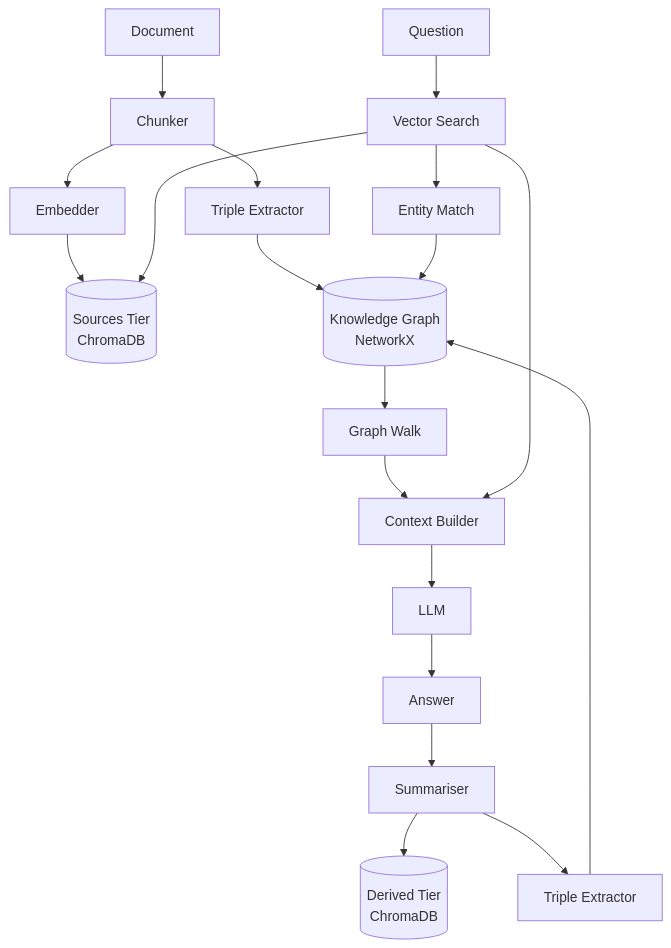
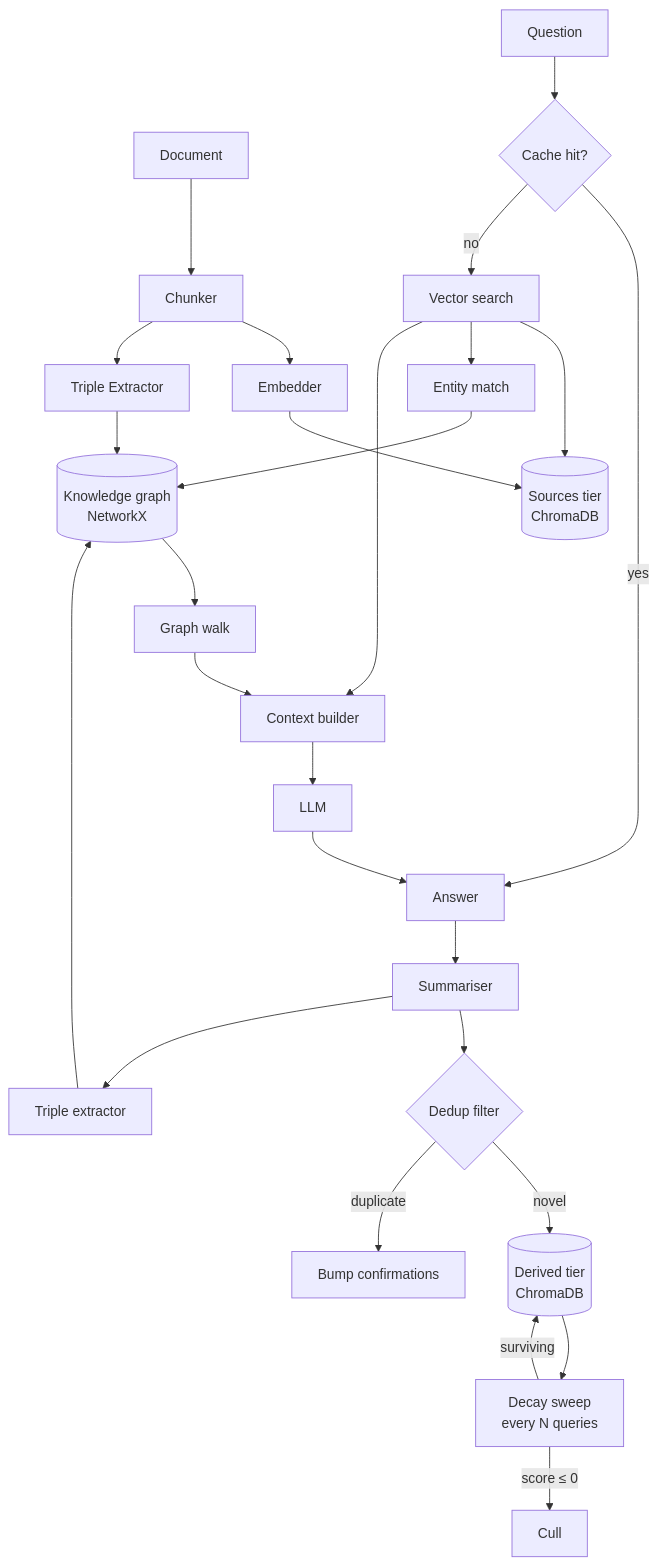
The diagram in README.md (surajsingh108/graph-rag-memory), drawn with Mermaid before and after one commit. The commit also changed other lines of this file, not shown here.

````diff
--- a/README.md
+++ b/README.md
@@ -15,22 +77,29 @@
 ```mermaid
 flowchart TD
     DOC[Document] --> CHUNK[Chunker]
     CHUNK --> EMBED[Embedder]
     CHUNK --> EXT[Triple Extractor]
-    EMBED --> SRC[(Sources Tier\nChromaDB)]
-    EXT --> KG[(Knowledge Graph\nNetworkX)]
+    EMBED --> SRC[(Sources tier\nChromaDB)]
+    EXT --> KG[(Knowledge graph\nNetworkX)]
 
-    Q[Question] --> VS[Vector Search]
+    Q[Question] --> CACHE{Cache hit?}
+    CACHE -->|yes| ANS[Answer]
+    CACHE -->|no| VS[Vector search]
     VS --> SRC
-    VS --> EM[Entity Match]
+    VS --> EM[Entity match]
     EM --> KG
-    KG --> GW[Graph Walk]
-    GW --> CB[Context Builder]
+    KG --> GW[Graph walk]
+    GW --> CB[Context builder]
     VS --> CB
     CB --> LLM[LLM]
-    LLM --> ANS[Answer]
+    LLM --> ANS
     ANS --> SUM[Summariser]
-    SUM --> DRV[(Derived Tier\nChromaDB)]
-    SUM --> DEXT[Triple Extractor]
+    SUM --> DEDUP{Dedup filter}
+    DEDUP -->|novel| DRV[(Derived tier\nChromaDB)]
+    DEDUP -->|duplicate| CONF[Bump confirmations]
+    SUM --> DEXT[Triple extractor]
     DEXT --> KG
+    DRV --> DECAY[Decay sweep\nevery N queries]
+    DECAY -->|score ≤ 0| CULL[Cull]
+    DECAY -->|surviving| DRV
 ```
````
